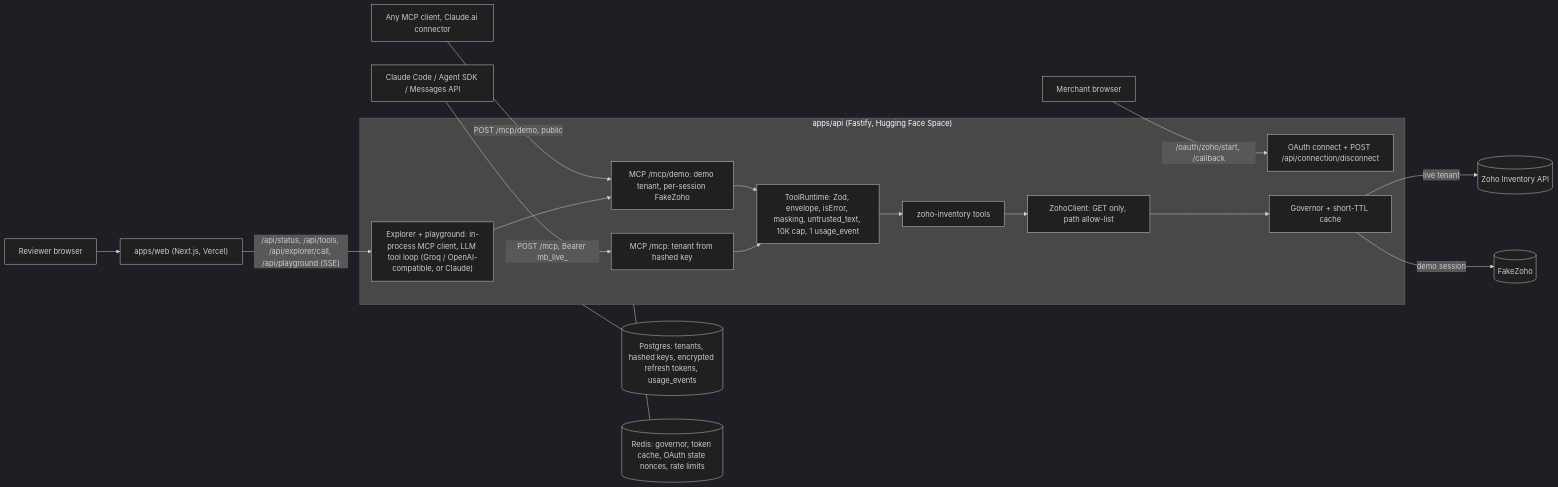
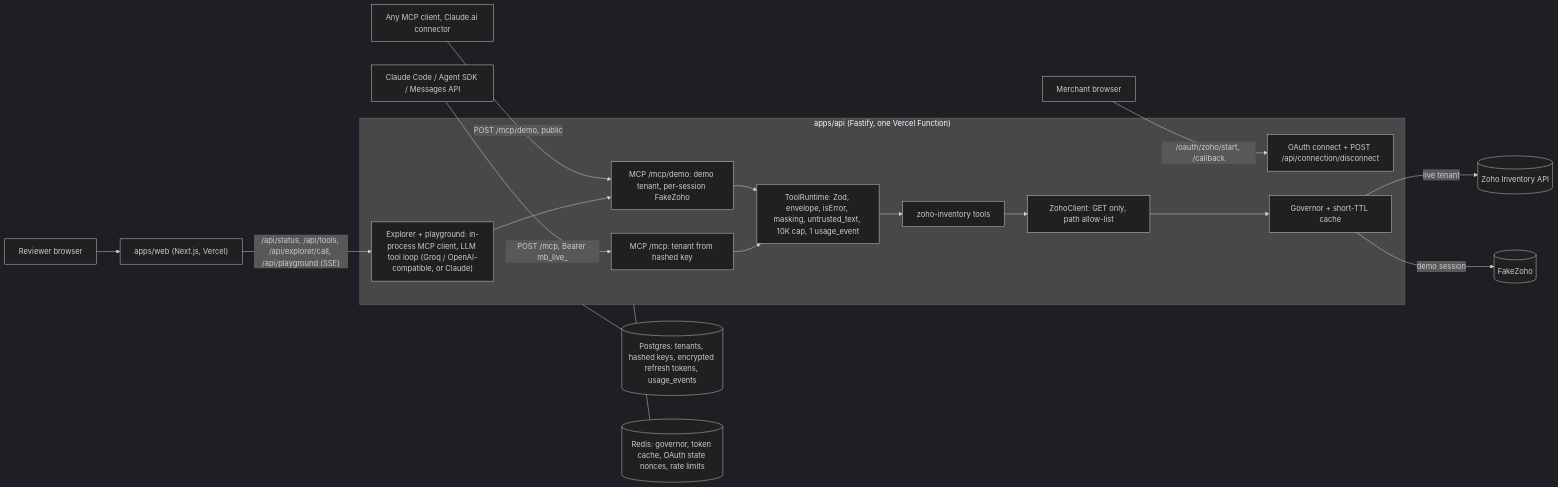
The diagram in README.md (jayasinghthakur/merchantbridge), drawn with Mermaid (dark theme) before and after one commit. The commit also changed other lines of this file and 8 other files, not shown here.

````diff
--- a/README.md
+++ b/README.md
@@ -173,20 +177,20 @@
 ```mermaid
 flowchart LR
   R["Reviewer browser"] --> W["apps/web (Next.js, Vercel)"]
   W -->|"/api/status, /api/tools, /api/explorer/call, /api/playground (SSE)"| PG
   H1["Claude Code / Agent SDK / Messages API"] -->|"POST /mcp, Bearer mb_live_"| LIVE
   H2["Any MCP client, Claude.ai connector"] -->|"POST /mcp/demo, public"| DEMO
   M["Merchant browser"] -->|"/oauth/zoho/start, /callback"| OA
-  subgraph A["apps/api (Fastify, Hugging Face Space)"]
+  subgraph A["apps/api (Fastify, one Vercel Function)"]
     PG["Explorer + playground: in-process MCP client, LLM tool loop (Groq / OpenAI-compatible, or Claude)"] --> DEMO
     OA["OAuth connect + POST /api/connection/disconnect"]
     DEMO["MCP /mcp/demo: demo tenant, per-session FakeZoho"] --> RT
     LIVE["MCP /mcp: tenant from hashed key"] --> RT
     RT["ToolRuntime: Zod, envelope, isError, masking, untrusted_text, 10K cap, 1 usage_event"]
     RT --> T["zoho-inventory tools"] --> C["ZohoClient: GET only, path allow-list"] --> G["Governor + short-TTL cache"]
   end
   G -->|"live tenant"| Z[("Zoho Inventory API")]
   G -->|"demo session"| F[("FakeZoho")]
   A --- DB[("Postgres: tenants, hashed keys, encrypted refresh tokens, usage_events")]
   A --- KV[("Redis: governor, token cache, OAuth state nonces, rate limits")]
 ```
````
